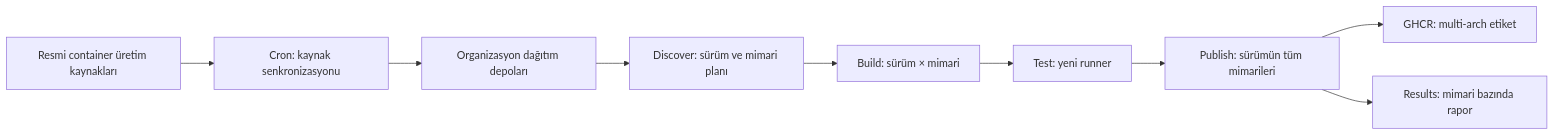
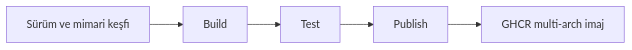
One commit to Low-Price-Hosting/Container changed the diagram in README.md. Above: the diagram before and after it, drawn with Mermaid. The commit also changed other lines of this file and 17 other files, not shown here.

````diff
--- a/README.md
+++ b/README.md
@@ -209,11 +157,7 @@
 ```mermaid
 flowchart LR
-    U["Resmi container üretim kaynakları"] --> C["Cron: kaynak senkronizasyonu"]
-    C --> S["Organizasyon dağıtım depoları"]
-    S --> D["Discover: sürüm ve mimari planı"]
-    D --> B["Build: sürüm × mimari"]
-    B --> T["Test: yeni runner"]
-    T --> P["Publish: sürümün tüm mimarileri"]
-    P --> G["GHCR: multi-arch etiket"]
-    P --> R["Results: mimari bazında rapor"]
+    D["Sürüm ve mimari keşfi"] --> B["Build"]
+    B --> T["Test"]
+    T --> P["Publish"]
+    P --> G["GHCR multi-arch imaj"]
 ```
````
